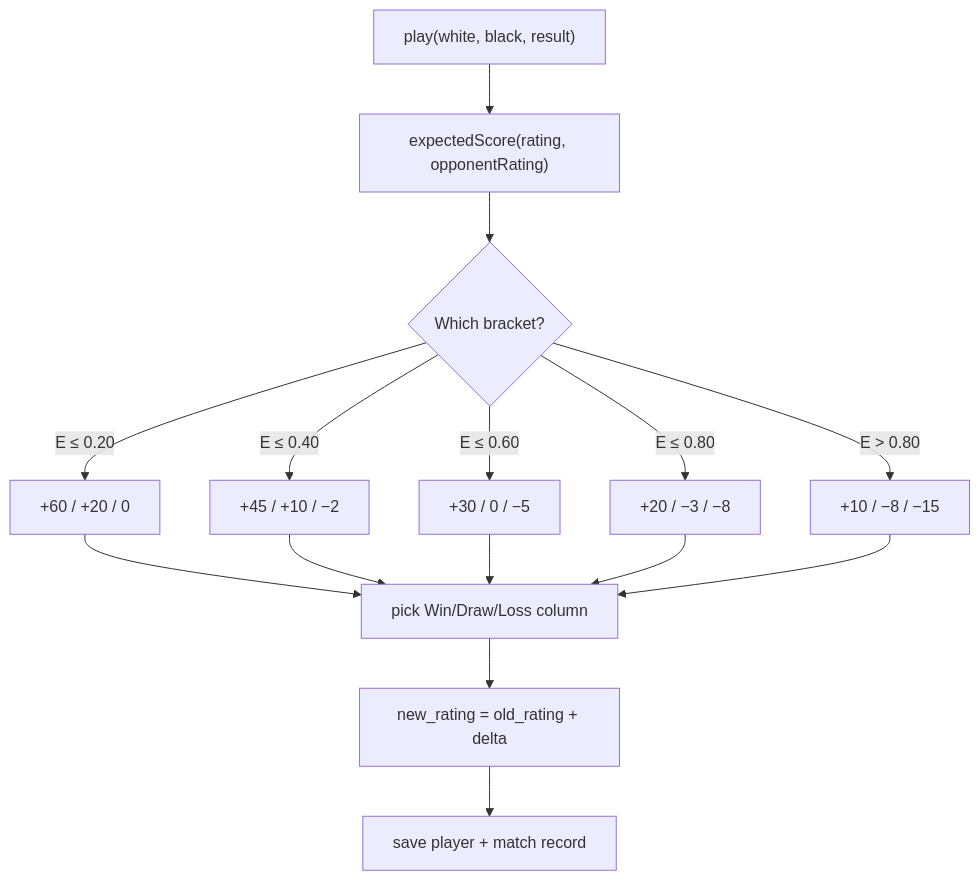
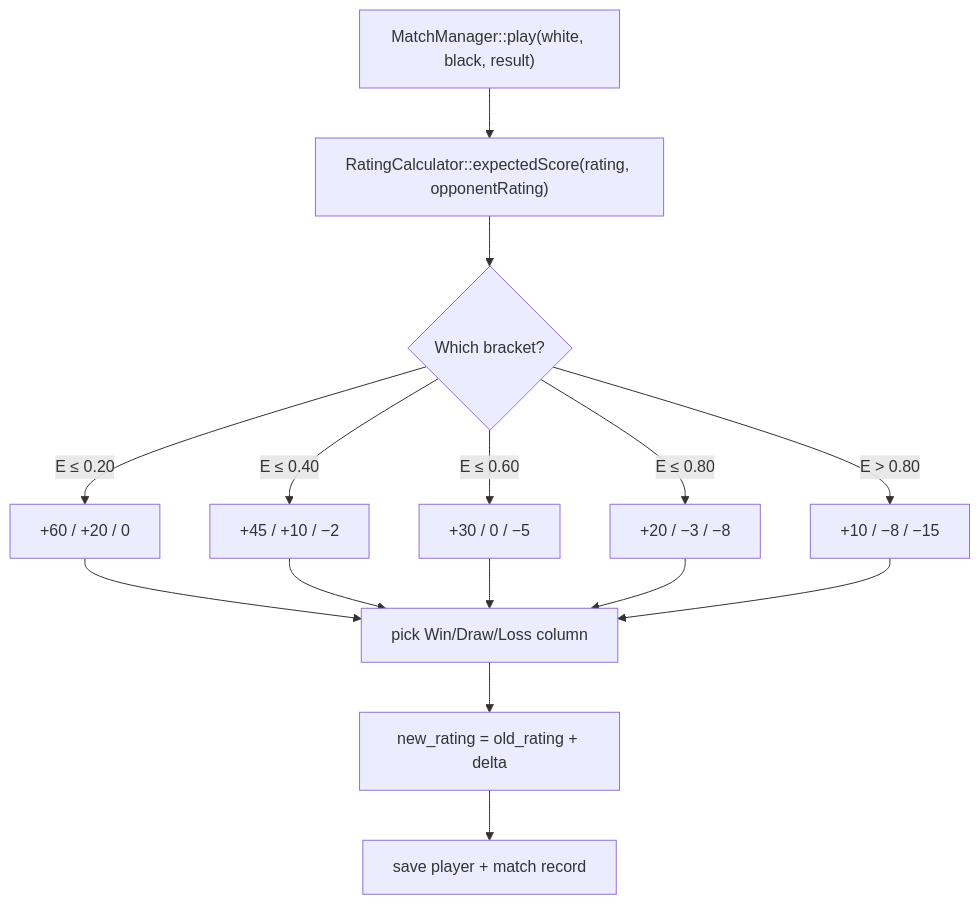
One commit to Cvar1984/VRChessIndonesia changed the second of 3 diagrams in README.md. Above: the diagram before and after it, drawn with Mermaid. The commit also changed other lines of this file and 31 other files, not shown here.

````diff
--- a/README.md
+++ b/README.md
@@ -422,13 +514,13 @@
 ```mermaid
 flowchart TD
-    A["play(white, black, result)"] --> B["expectedScore(rating, opponentRating)"]
+    A["MatchManager::play(white, black, result)"] --> B["RatingCalculator::expectedScore(rating, opponentRating)"]
     B --> C{"Which bracket?"}
     C -->|"E ≤ 0.20"| D1["+60 / +20 / 0"]
     C -->|"E ≤ 0.40"| D2["+45 / +10 / −2"]
     C -->|"E ≤ 0.60"| D3["+30 / 0 / −5"]
     C -->|"E ≤ 0.80"| D4["+20 / −3 / −8"]
     C -->|"E > 0.80"| D5["+10 / −8 / −15"]
     D1 & D2 & D3 & D4 & D5 --> E["pick Win/Draw/Loss column"]
     E --> F["new_rating = old_rating + delta"]
     F --> G["save player + match record"]
 ```
````
